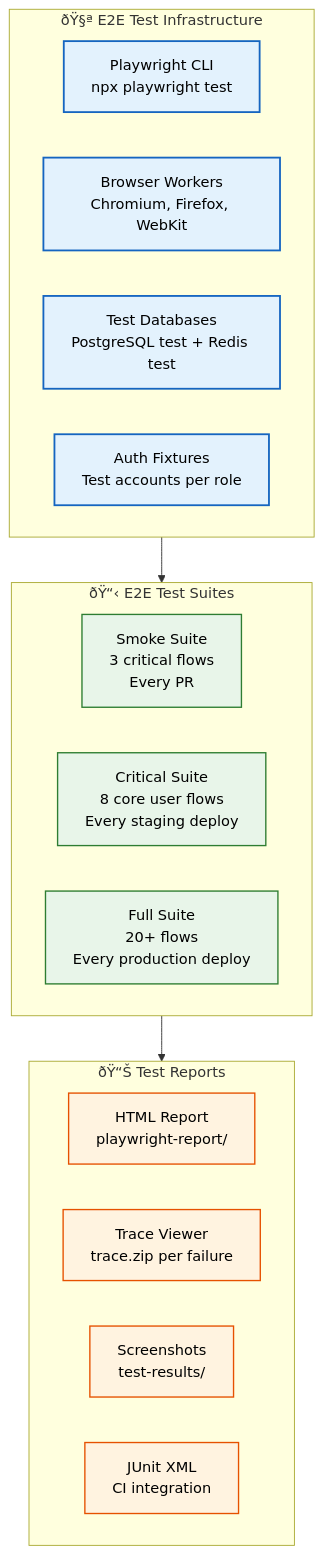
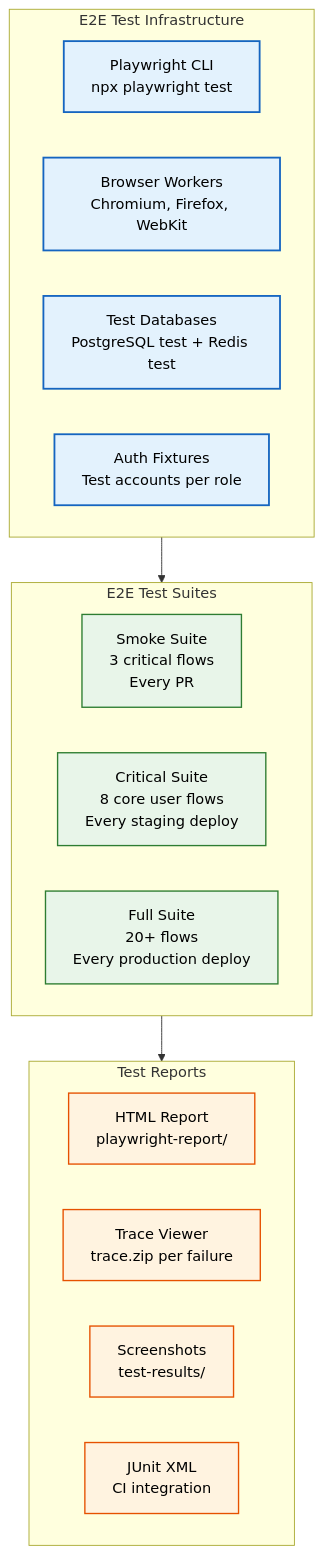
Before and after one commit to Driftloom/Vaeloom: the second of 2 diagrams in docs/testing/E2E-Testing.md, drawn with Mermaid. The commit also changed other lines of this file and 694 other files, not shown here.

First line of the commit message:
docs: mermaid standardization — encoding/mermaid/duplicate cleanup

````diff
--- a/docs/testing/E2E-Testing.md
+++ b/docs/testing/E2E-Testing.md
@@ -172,32 +172,32 @@
 ```mermaid
 graph TD
-    classDef infra fill:#e3f2fd,stroke:#1565c0,color:#000,stroke-width:2px
-    classDef test fill:#e8f5e9,stroke:#2e7d32,color:#000,stroke-width:1.5px
-    classDef report fill:#fff3e0,stroke:#e65100,color:#000,stroke-width:1.5px
+ classDef infra fill:#e3f2fd,stroke:#1565c0,color:#000,stroke-width:2px
+ classDef test fill:#e8f5e9,stroke:#2e7d32,color:#000,stroke-width:1.5px
+ classDef report fill:#fff3e0,stroke:#e65100,color:#000,stroke-width:1.5px
 
-    subgraph Infra["ðŸ§ª E2E Test Infrastructure"]
-        I1["Playwright CLI<br/>npx playwright test"]
-        I2["Browser Workers<br/>Chromium, Firefox, WebKit"]
-        I3["Test Databases<br/>PostgreSQL test + Redis test"]
-        I4["Auth Fixtures<br/>Test accounts per role"]
-    end
+ subgraph Infra["E2E Test Infrastructure"]
+ I1["Playwright CLI<br/>npx playwright test"]
+ I2["Browser Workers<br/>Chromium, Firefox, WebKit"]
+ I3["Test Databases<br/>PostgreSQL test + Redis test"]
+ I4["Auth Fixtures<br/>Test accounts per role"]
+ end
 
-    subgraph Tests["ðŸ“‹ E2E Test Suites"]
-        T1["Smoke Suite<br/>3 critical flows<br/>Every PR"]
-        T2["Critical Suite<br/>8 core user flows<br/>Every staging deploy"]
-        T3["Full Suite<br/>20+ flows<br/>Every production deploy"]
-    end
+ subgraph Tests["E2E Test Suites"]
+ T1["Smoke Suite<br/>3 critical flows<br/>Every PR"]
+ T2["Critical Suite<br/>8 core user flows<br/>Every staging deploy"]
+ T3["Full Suite<br/>20+ flows<br/>Every production deploy"]
+ end
 
-    subgraph Reports["ðŸ“Š Test Reports"]
-        R1["HTML Report<br/>playwright-report/"]
-        R2["Trace Viewer<br/>trace.zip per failure"]
-        R3["Screenshots<br/>test-results/"]
-        R4["JUnit XML<br/>CI integration"]
-    end
+ subgraph Reports["Test Reports"]
+ R1["HTML Report<br/>playwright-report/"]
+ R2["Trace Viewer<br/>trace.zip per failure"]
+ R3["Screenshots<br/>test-results/"]
+ R4["JUnit XML<br/>CI integration"]
+ end
 
-    Infra --> Tests --> Reports
+ Infra--> Tests--> Reports
 
-    class I1,I2,I3,I4 infra
-    class T1,T2,T3 test
-    class R1,R2,R3,R4 report
+ class I1,I2,I3,I4 infra
+ class T1,T2,T3 test
+ class R1,R2,R3,R4 report
 ```
````
